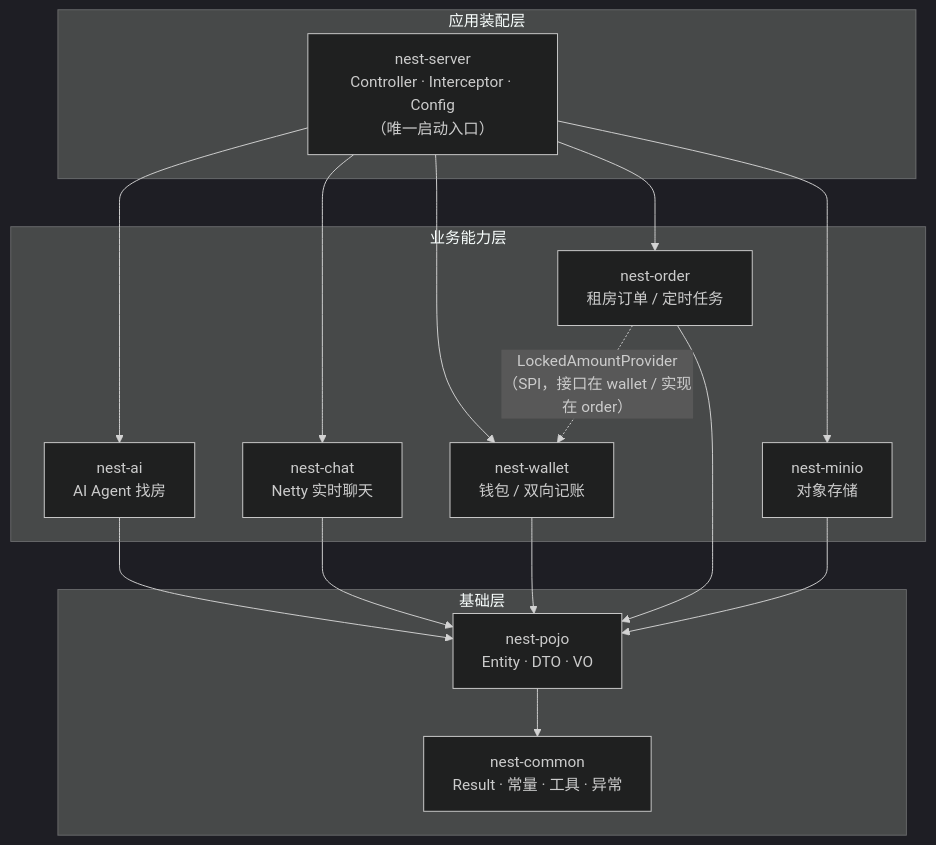
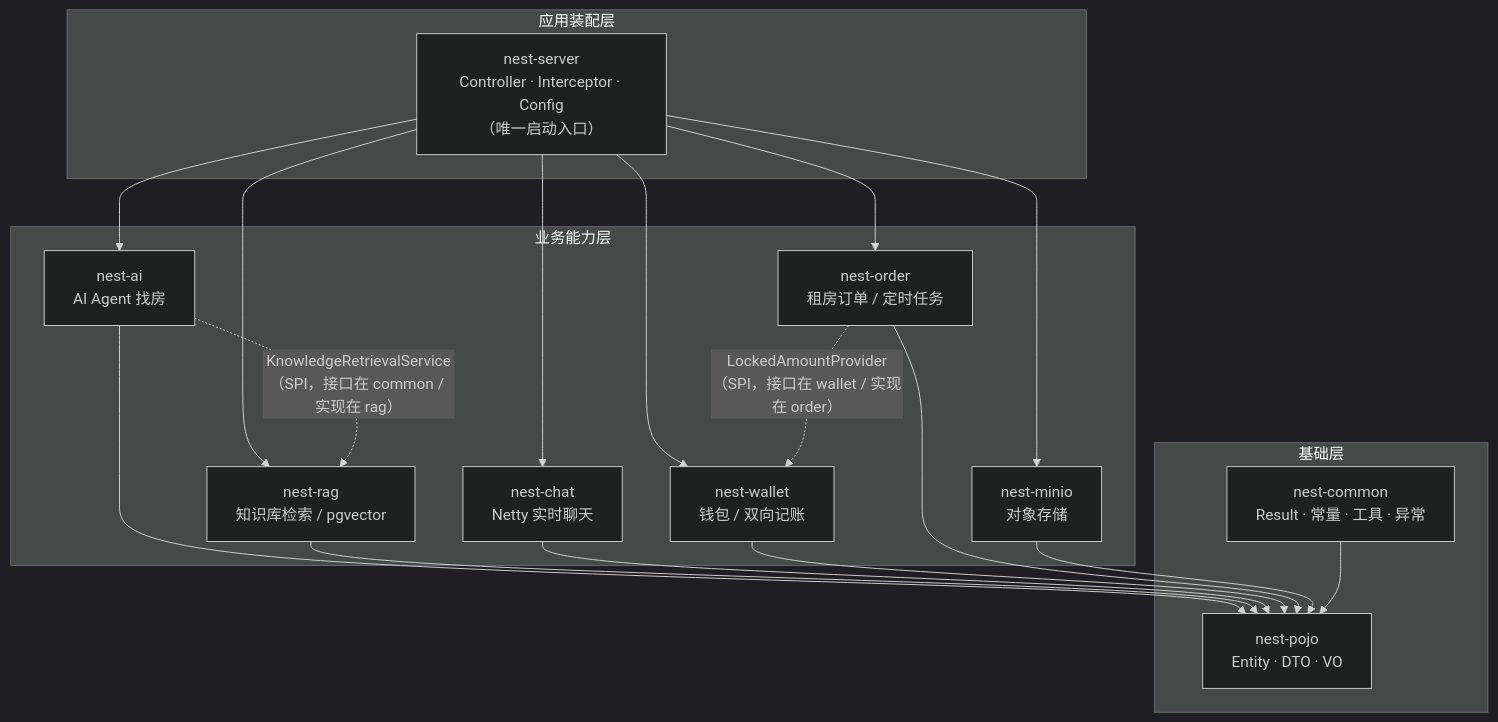
The fourth of 5 diagrams in README.md (kamten7/Nest_Backend), drawn with Mermaid (dark theme) before and after one commit. The commit also changed other lines of this file and 120 other files, not shown here.

````diff
--- a/README.md
+++ b/README.md
@@ -179,32 +209,36 @@
 ```mermaid
 graph TD
   subgraph APP["应用装配层"]
     S["nest-server<br/>Controller · Interceptor · Config<br/>（唯一启动入口）"]
   end
 
   subgraph BIZ["业务能力层"]
     AI["nest-ai<br/>AI Agent 找房"]
+    RA["nest-rag<br/>知识库检索 / pgvector"]
     CH["nest-chat<br/>Netty 实时聊天"]
     WA["nest-wallet<br/>钱包 / 双向记账"]
     OR["nest-order<br/>租房订单 / 定时任务"]
     MI["nest-minio<br/>对象存储"]
   end
 
   subgraph BASE["基础层"]
     PO["nest-pojo<br/>Entity · DTO · VO"]
     CO["nest-common<br/>Result · 常量 · 工具 · 异常"]
   end
 
   S --> AI
+  S --> RA
   S --> CH
   S --> WA
   S --> OR
   S --> MI
   AI --> PO
+  RA --> PO
   CH --> PO
   WA --> PO
   OR --> PO
   MI --> PO
-  PO --> CO
+  CO --> PO
+  AI -. "KnowledgeRetrievalService（SPI，接口在 common / 实现在 rag）" .-> RA
   OR -. "LockedAmountProvider（SPI，接口在 wallet / 实现在 order）" .-> WA
 ```
````
